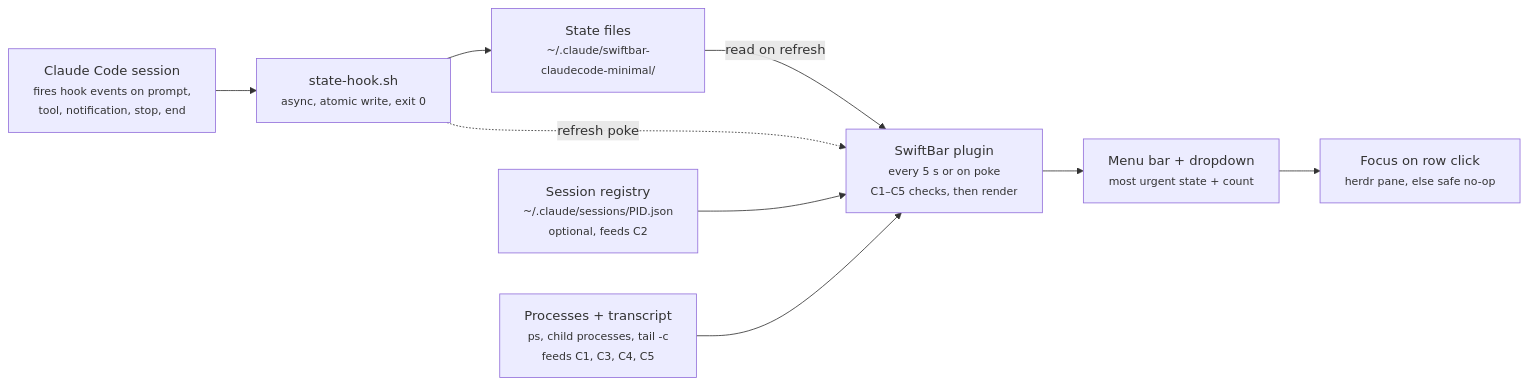
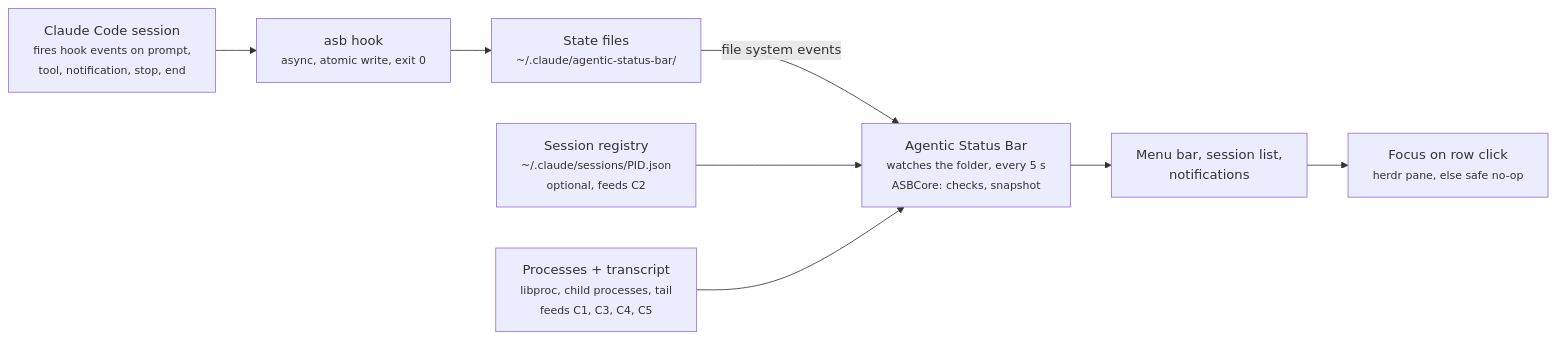
The diagram in doc/PRD.md (solo-swe/agentic-status-bar), drawn with Mermaid before and after one commit. The commit also changed other lines of this file and 6 other files, not shown here.

````diff
--- a/doc/PRD.md
+++ b/doc/PRD.md
@@ -112,18 +164,17 @@
 ```mermaid
 flowchart LR
     session["Claude Code session<br/><small>fires hook events on prompt,<br/>tool, notification, stop, end</small>"]
-    hook["state-hook.sh<br/><small>async, atomic write, exit 0</small>"]
-    files["State files<br/><small>~/.claude/swiftbar-claudecode-minimal/</small>"]
+    hook["asb hook<br/><small>async, atomic write, exit 0</small>"]
+    files["State files<br/><small>~/.claude/agentic-status-bar/</small>"]
     registry["Session registry<br/><small>~/.claude/sessions/PID.json<br/>optional, feeds C2</small>"]
-    signals["Processes + transcript<br/><small>ps, child processes, tail -c<br/>feeds C1, C3, C4, C5</small>"]
-    plugin["SwiftBar plugin<br/><small>every 5 s or on poke<br/>C1–C5 checks, then render</small>"]
-    menu["Menu bar + dropdown<br/><small>most urgent state + count</small>"]
+    signals["Processes + transcript<br/><small>libproc, child processes, tail<br/>feeds C1, C3, C4, C5</small>"]
+    app["Agentic Status Bar<br/><small>watches the folder, every 5 s<br/>ASBCore: checks, snapshot</small>"]
+    menu["Menu bar, session list,<br/>notifications"]
     focus["Focus on row click<br/><small>herdr pane, else safe no-op</small>"]
 
     session --> hook --> files
-    files -->|read on refresh| plugin
-    hook -.->|refresh poke| plugin
-    registry --> plugin
-    signals --> plugin
-    plugin --> menu --> focus
+    files -->|file system events| app
+    registry --> app
+    signals --> app
+    app --> menu --> focus
 ```
````
